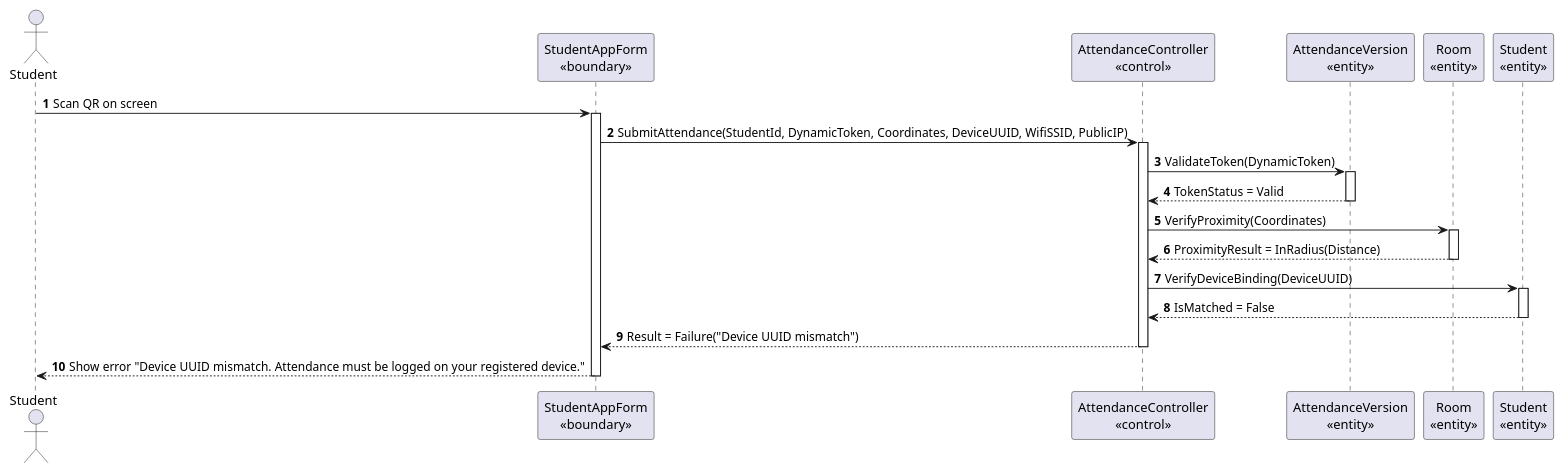
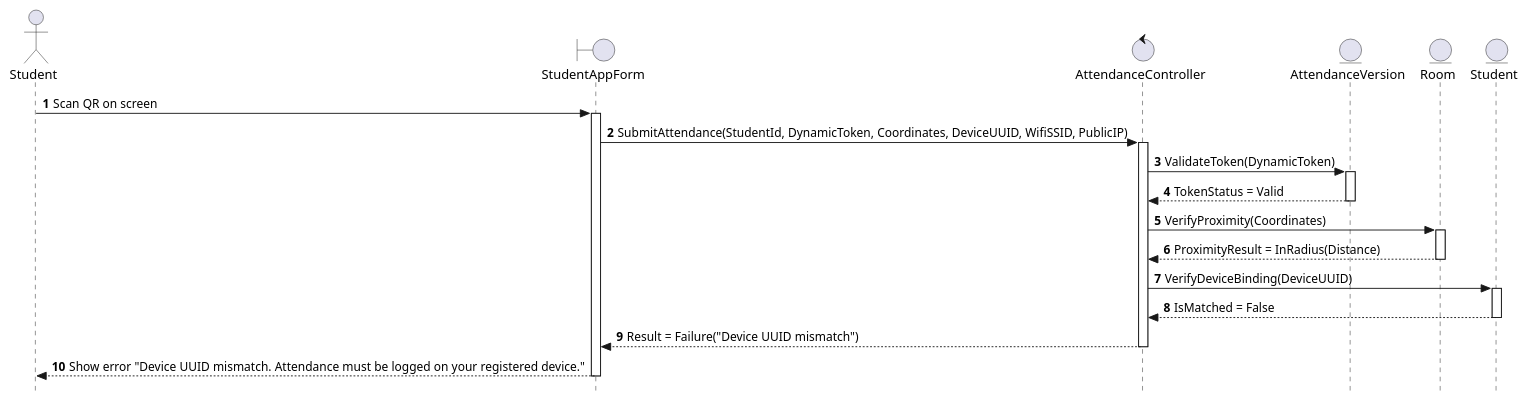
One commit to nttung42/SWD392 changed the tenth of 31 diagrams in MainDocs/AFAS_RDS_Document_Part1B_Analysis_models.md. Above: the diagram before and after it, drawn with PlantUML. The commit also changed other lines of this file, not shown here.

Commit message:
docs: refactor sequence diagrams to use strict UML/BCE and add message description tables

````diff
--- a/MainDocs/AFAS_RDS_Document_Part1B_Analysis_models.md
+++ b/MainDocs/AFAS_RDS_Document_Part1B_Analysis_models.md
@@ -636,36 +693,37 @@
 ```plantuml
 @startuml
+skinparam style strictuml
 autonumber
 actor Student as "Student"
-participant SAF as "StudentAppForm\n«boundary»"
-participant AC as "AttendanceController\n«control»"
-participant V as "AttendanceVersion\n«entity»"
-participant R as "Room\n«entity»"
-participant ST as "Student\n«entity»"
+boundary SAF as "StudentAppForm"
+control AC as "AttendanceController"
+entity V as "AttendanceVersion"
+entity R as "Room"
+entity ST as "Student"
 
 Student -> SAF : Scan QR on screen
 activate SAF
 SAF -> AC : SubmitAttendance(StudentId, DynamicToken, Coordinates, DeviceUUID, WifiSSID, PublicIP)
 activate AC
 
 AC -> V : ValidateToken(DynamicToken)
 activate V
 V --> AC : TokenStatus = Valid
 deactivate V
 
 AC -> R : VerifyProximity(Coordinates)
 activate R
 R --> AC : ProximityResult = InRadius(Distance)
 deactivate R
 
 AC -> ST : VerifyDeviceBinding(DeviceUUID)
 activate ST
 ST --> AC : IsMatched = False
 deactivate ST
 
 AC --> SAF : Result = Failure("Device UUID mismatch")
 deactivate AC
 SAF --> Student : Show error "Device UUID mismatch. Attendance must be logged on your registered device."
 deactivate SAF
 @enduml
 ```
````
